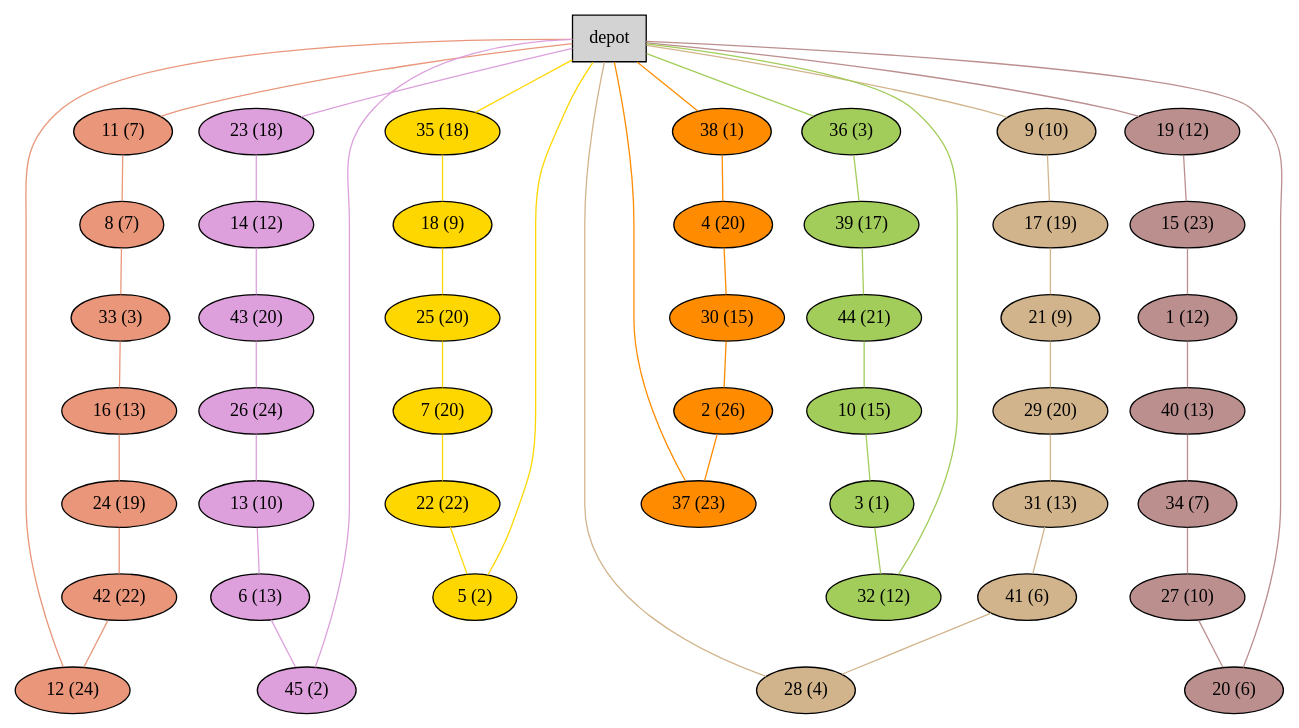
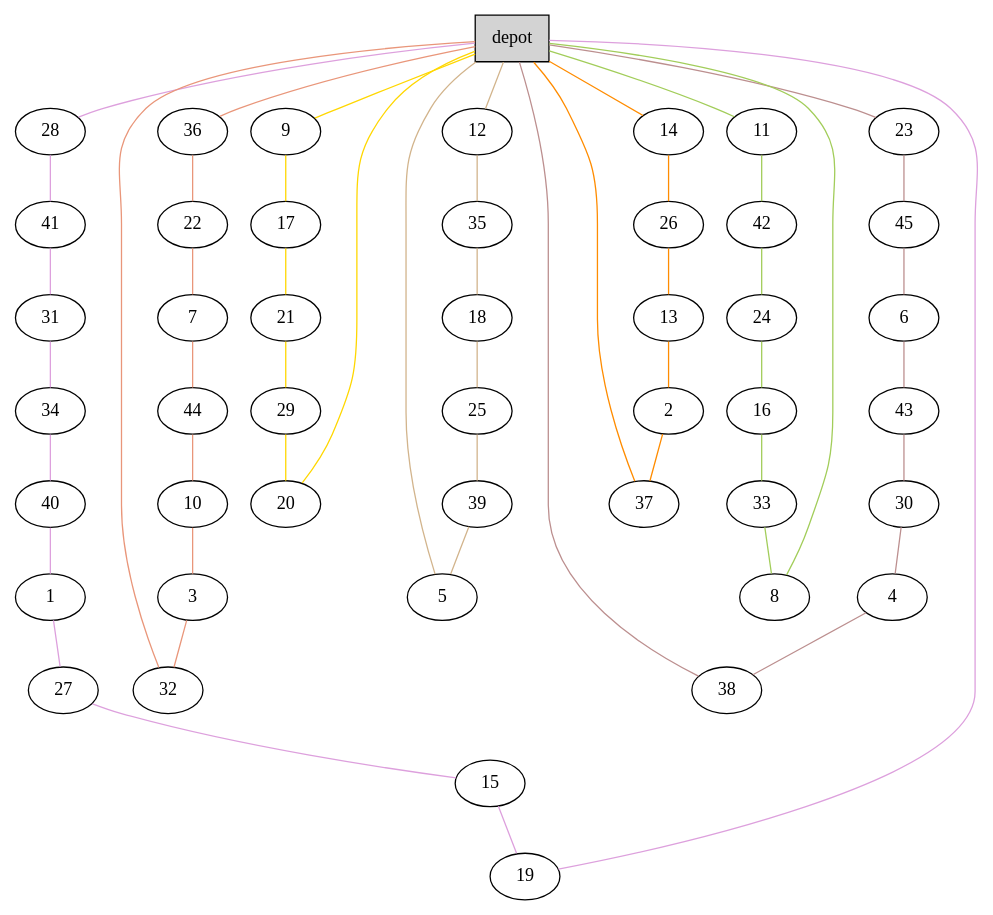
One commit to akheireddine/MAOA changed the diagram in Instances/A/plots_heuristics/A-n46-k7.vrp_G.dot. Above: the diagram before and after it, drawn with Graphviz. The commit also changed 329 other files, not shown here.

```diff
--- a/Instances/A/plots_heuristics/A-n46-k7.vrp_G.dot
+++ b/Instances/A/plots_heuristics/A-n46-k7.vrp_G.dot
@@ -1,100 +1,100 @@
 graph G {
   0[shape = box, label = "depot", style = filled ];
-  11[shape = ellipse, label = "11 (7)", style = filled , fillcolor = darksalmon ];
-  "0"--"11"[color = darksalmon];
-  8[shape = ellipse, label = "8 (7)", style = filled , fillcolor = darksalmon ];
-  "11"--"8"[color = darksalmon];
-  33[shape = ellipse, label = "33 (3)", style = filled , fillcolor = darksalmon ];
-  "8"--"33"[color = darksalmon];
-  16[shape = ellipse, label = "16 (13)", style = filled , fillcolor = darksalmon ];
-  "33"--"16"[color = darksalmon];
-  24[shape = ellipse, label = "24 (19)", style = filled , fillcolor = darksalmon ];
-  "16"--"24"[color = darksalmon];
-  42[shape = ellipse, label = "42 (22)", style = filled , fillcolor = darksalmon ];
-  "24"--"42"[color = darksalmon];
-  12[shape = ellipse, label = "12 (24)", style = filled , fillcolor = darksalmon ];
-  "42"--"12"[color = darksalmon];
-  "12"--"0"[color = darksalmon];
-  35[shape = ellipse, label = "35 (18)", style = filled , fillcolor = gold ];
-  "0"--"35"[color = gold];
-  18[shape = ellipse, label = "18 (9)", style = filled , fillcolor = gold ];
-  "35"--"18"[color = gold];
-  25[shape = ellipse, label = "25 (20)", style = filled , fillcolor = gold ];
-  "18"--"25"[color = gold];
-  7[shape = ellipse, label = "7 (20)", style = filled , fillcolor = gold ];
-  "25"--"7"[color = gold];
-  22[shape = ellipse, label = "22 (22)", style = filled , fillcolor = gold ];
-  "7"--"22"[color = gold];
-  5[shape = ellipse, label = "5 (2)", style = filled , fillcolor = gold ];
-  "22"--"5"[color = gold];
-  "5"--"0"[color = gold];
-  23[shape = ellipse, label = "23 (18)", style = filled , fillcolor = plum ];
-  "0"--"23"[color = plum];
-  14[shape = ellipse, label = "14 (12)", style = filled , fillcolor = plum ];
-  "23"--"14"[color = plum];
-  43[shape = ellipse, label = "43 (20)", style = filled , fillcolor = plum ];
-  "14"--"43"[color = plum];
-  26[shape = ellipse, label = "26 (24)", style = filled , fillcolor = plum ];
-  "43"--"26"[color = plum];
-  13[shape = ellipse, label = "13 (10)", style = filled , fillcolor = plum ];
-  "26"--"13"[color = plum];
-  6[shape = ellipse, label = "6 (13)", style = filled , fillcolor = plum ];
-  "13"--"6"[color = plum];
-  45[shape = ellipse, label = "45 (2)", style = filled , fillcolor = plum ];
-  "6"--"45"[color = plum];
-  "45"--"0"[color = plum];
-  9[shape = ellipse, label = "9 (10)", style = filled , fillcolor = tan ];
-  "0"--"9"[color = tan];
-  17[shape = ellipse, label = "17 (19)", style = filled , fillcolor = tan ];
-  "9"--"17"[color = tan];
-  21[shape = ellipse, label = "21 (9)", style = filled , fillcolor = tan ];
-  "17"--"21"[color = tan];
-  29[shape = ellipse, label = "29 (20)", style = filled , fillcolor = tan ];
-  "21"--"29"[color = tan];
-  31[shape = ellipse, label = "31 (13)", style = filled , fillcolor = tan ];
-  "29"--"31"[color = tan];
-  41[shape = ellipse, label = "41 (6)", style = filled , fillcolor = tan ];
-  "31"--"41"[color = tan];
-  28[shape = ellipse, label = "28 (4)", style = filled , fillcolor = tan ];
-  "41"--"28"[color = tan];
-  "28"--"0"[color = tan];
-  38[shape = ellipse, label = "38 (1)", style = filled , fillcolor = darkorange ];
-  "0"--"38"[color = darkorange];
-  4[shape = ellipse, label = "4 (20)", style = filled , fillcolor = darkorange ];
-  "38"--"4"[color = darkorange];
-  30[shape = ellipse, label = "30 (15)", style = filled , fillcolor = darkorange ];
-  "4"--"30"[color = darkorange];
-  2[shape = ellipse, label = "2 (26)", style = filled , fillcolor = darkorange ];
-  "30"--"2"[color = darkorange];
-  37[shape = ellipse, label = "37 (23)", style = filled , fillcolor = darkorange ];
+  36[shape = ellipse];
+  "0"--"36"[color = darksalmon];
+  22[shape = ellipse];
+  "36"--"22"[color = darksalmon];
+  7[shape = ellipse];
+  "22"--"7"[color = darksalmon];
+  44[shape = ellipse];
+  "7"--"44"[color = darksalmon];
+  10[shape = ellipse];
+  "44"--"10"[color = darksalmon];
+  3[shape = ellipse];
+  "10"--"3"[color = darksalmon];
+  32[shape = ellipse];
+  "3"--"32"[color = darksalmon];
+  "32"--"0"[color = darksalmon];
+  9[shape = ellipse];
+  "0"--"9"[color = gold];
+  17[shape = ellipse];
+  "9"--"17"[color = gold];
+  21[shape = ellipse];
+  "17"--"21"[color = gold];
+  29[shape = ellipse];
+  "21"--"29"[color = gold];
+  20[shape = ellipse];
+  "29"--"20"[color = gold];
+  "20"--"0"[color = gold];
+  28[shape = ellipse];
+  "0"--"28"[color = plum];
+  41[shape = ellipse];
+  "28"--"41"[color = plum];
+  31[shape = ellipse];
+  "41"--"31"[color = plum];
+  34[shape = ellipse];
+  "31"--"34"[color = plum];
+  40[shape = ellipse];
+  "34"--"40"[color = plum];
+  1[shape = ellipse];
+  "40"--"1"[color = plum];
+  27[shape = ellipse];
+  "1"--"27"[color = plum];
+  15[shape = ellipse];
+  "27"--"15"[color = plum];
+  19[shape = ellipse];
+  "15"--"19"[color = plum];
+  "19"--"0"[color = plum];
+  12[shape = ellipse];
+  "0"--"12"[color = tan];
+  35[shape = ellipse];
+  "12"--"35"[color = tan];
+  18[shape = ellipse];
+  "35"--"18"[color = tan];
+  25[shape = ellipse];
+  "18"--"25"[color = tan];
+  39[shape = ellipse];
+  "25"--"39"[color = tan];
+  5[shape = ellipse];
+  "39"--"5"[color = tan];
+  "5"--"0"[color = tan];
+  14[shape = ellipse];
+  "0"--"14"[color = darkorange];
+  26[shape = ellipse];
+  "14"--"26"[color = darkorange];
+  13[shape = ellipse];
+  "26"--"13"[color = darkorange];
+  2[shape = ellipse];
+  "13"--"2"[color = darkorange];
+  37[shape = ellipse];
   "2"--"37"[color = darkorange];
   "37"--"0"[color = darkorange];
-  19[shape = ellipse, label = "19 (12)", style = filled , fillcolor = rosybrown ];
-  "0"--"19"[color = rosybrown];
-  15[shape = ellipse, label = "15 (23)", style = filled , fillcolor = rosybrown ];
-  "19"--"15"[color = rosybrown];
-  1[shape = ellipse, label = "1 (12)", style = filled , fillcolor = rosybrown ];
-  "15"--"1"[color = rosybrown];
-  40[shape = ellipse, label = "40 (13)", style = filled , fillcolor = rosybrown ];
-  "1"--"40"[color = rosybrown];
-  34[shape = ellipse, label = "34 (7)", style = filled , fillcolor = rosybrown ];
-  "40"--"34"[color = rosybrown];
-  27[shape = ellipse, label = "27 (10)", style = filled , fillcolor = rosybrown ];
-  "34"--"27"[color = rosybrown];
-  20[shape = ellipse, label = "20 (6)", style = filled , fillcolor = rosybrown ];
-  "27"--"20"[color = rosybrown];
-  "20"--"0"[color = rosybrown];
-  36[shape = ellipse, label = "36 (3)", style = filled , fillcolor = darkolivegreen3 ];
-  "0"--"36"[color = darkolivegreen3];
-  39[shape = ellipse, label = "39 (17)", style = filled , fillcolor = darkolivegreen3 ];
-  "36"--"39"[color = darkolivegreen3];
-  44[shape = ellipse, label = "44 (21)", style = filled , fillcolor = darkolivegreen3 ];
-  "39"--"44"[color = darkolivegreen3];
-  10[shape = ellipse, label = "10 (15)", style = filled , fillcolor = darkolivegreen3 ];
-  "44"--"10"[color = darkolivegreen3];
-  3[shape = ellipse, label = "3 (1)", style = filled , fillcolor = darkolivegreen3 ];
-  "10"--"3"[color = darkolivegreen3];
-  32[shape = ellipse, label = "32 (12)", style = filled , fillcolor = darkolivegreen3 ];
-  "3"--"32"[color = darkolivegreen3];
-  "32"--"0"[color = darkolivegreen3];
+  23[shape = ellipse];
+  "0"--"23"[color = rosybrown];
+  45[shape = ellipse];
+  "23"--"45"[color = rosybrown];
+  6[shape = ellipse];
+  "45"--"6"[color = rosybrown];
+  43[shape = ellipse];
+  "6"--"43"[color = rosybrown];
+  30[shape = ellipse];
+  "43"--"30"[color = rosybrown];
+  4[shape = ellipse];
+  "30"--"4"[color = rosybrown];
+  38[shape = ellipse];
+  "4"--"38"[color = rosybrown];
+  "38"--"0"[color = rosybrown];
+  11[shape = ellipse];
+  "0"--"11"[color = darkolivegreen3];
+  42[shape = ellipse];
+  "11"--"42"[color = darkolivegreen3];
+  24[shape = ellipse];
+  "42"--"24"[color = darkolivegreen3];
+  16[shape = ellipse];
+  "24"--"16"[color = darkolivegreen3];
+  33[shape = ellipse];
+  "16"--"33"[color = darkolivegreen3];
+  8[shape = ellipse];
+  "33"--"8"[color = darkolivegreen3];
+  "8"--"0"[color = darkolivegreen3];
 }
```
